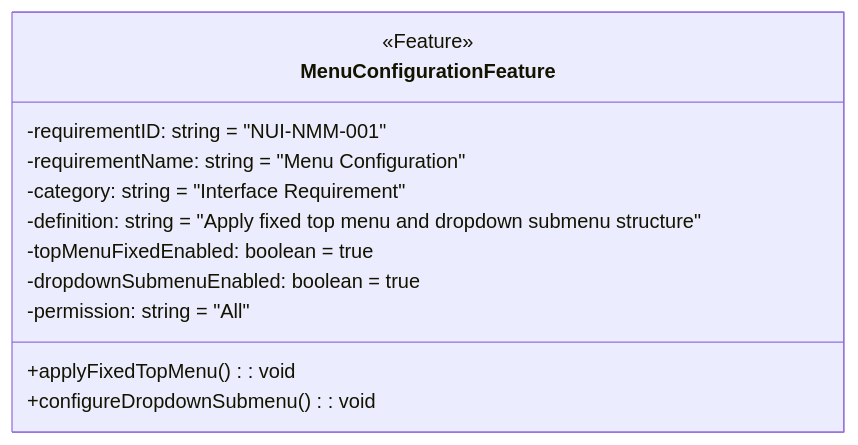
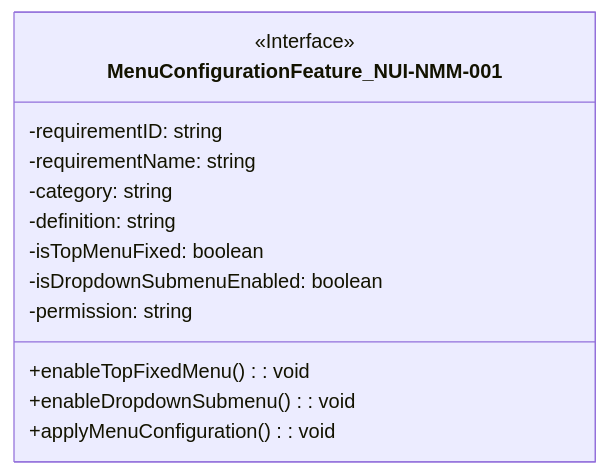
Diagram 16 of 32 in 1. Requirement Analysis/Software Requirements Specification.md (sun922/University-SoftwareDesign), drawn with Mermaid before and after one commit. The commit also changed other lines of this file, not shown here.

````diff
--- a/1. Requirement Analysis/Software Requirements Specification.md
+++ b/1. Requirement Analysis/Software Requirements Specification.md
@@ -492,17 +493,17 @@
 ```mermaid
 classDiagram
-    class MenuConfigurationFeature {
-        <<Feature>>
-        -requirementID: string = "NUI-NMM-001"
-        -requirementName: string = "Menu Configuration"
-        -category: string = "Interface Requirement"
-        -definition: string = "Apply fixed top menu and dropdown submenu structure"
-        -topMenuFixedEnabled: boolean = true
-        -dropdownSubmenuEnabled: boolean = true
-        -permission: string = "All"
+    class MenuConfigurationFeature_NUI-NMM-001 {
+        <<Interface>>
+        -requirementID: string
+        -requirementName: string
+        -category: string
+        -definition: string
+        -isTopMenuFixed: boolean
+        -isDropdownSubmenuEnabled: boolean
+        -permission: string
 
-        +applyFixedTopMenu(): void
-        +configureDropdownSubmenu(): void
+        +enableTopFixedMenu(): void
+        +enableDropdownSubmenu(): void
+        +applyMenuConfiguration(): void
     }
-
 ```
````
